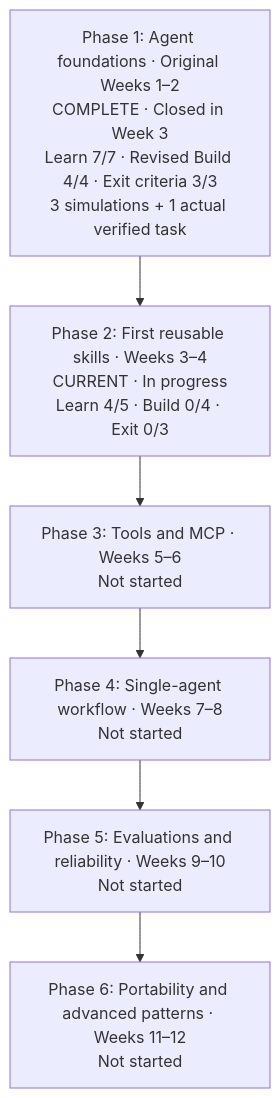
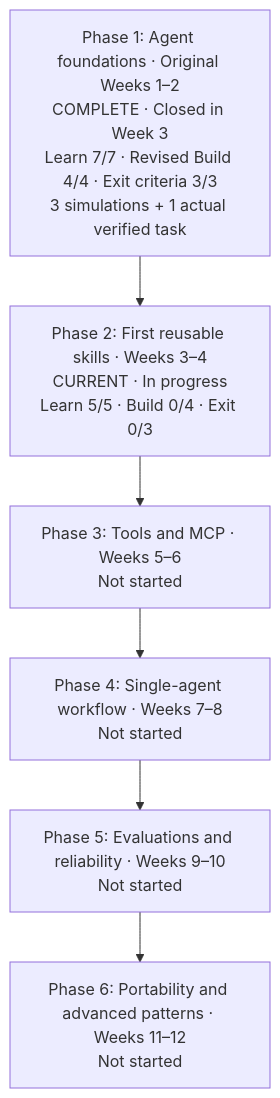
One commit to rezamohamadlo/agent-learning-coach changed the diagram in learner/reza/ROADMAP.md. Above: the diagram before and after it, drawn with Mermaid. The commit also changed other lines of this file and 6 other files, not shown here.

````diff
--- a/learner/reza/ROADMAP.md
+++ b/learner/reza/ROADMAP.md
@@ -76,10 +84,10 @@
 ```mermaid
 flowchart TB
     P1["Phase 1: Agent foundations · Original Weeks 1–2<br/>COMPLETE · Closed in Week 3<br/>Learn 7/7 · Revised Build 4/4 · Exit criteria 3/3<br/>3 simulations + 1 actual verified task"]
-    P2["Phase 2: First reusable skills · Weeks 3–4<br/>CURRENT · In progress<br/>Learn 4/5 · Build 0/4 · Exit 0/3"]
+    P2["Phase 2: First reusable skills · Weeks 3–4<br/>CURRENT · In progress<br/>Learn 5/5 · Build 0/4 · Exit 0/3"]
     P3["Phase 3: Tools and MCP · Weeks 5–6<br/>Not started"]
     P4["Phase 4: Single-agent workflow · Weeks 7–8<br/>Not started"]
     P5["Phase 5: Evaluations and reliability · Weeks 9–10<br/>Not started"]
     P6["Phase 6: Portability and advanced patterns · Weeks 11–12<br/>Not started"]
     P1 --> P2 --> P3 --> P4 --> P5 --> P6
 ```
````
